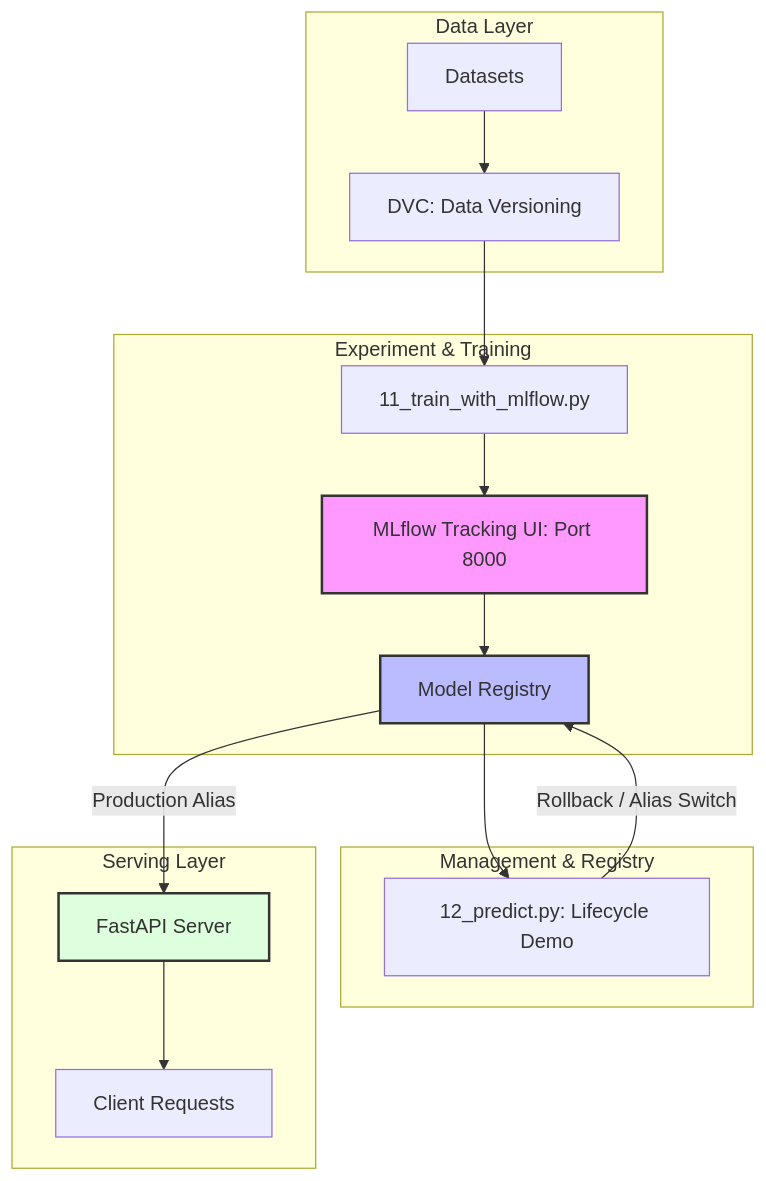
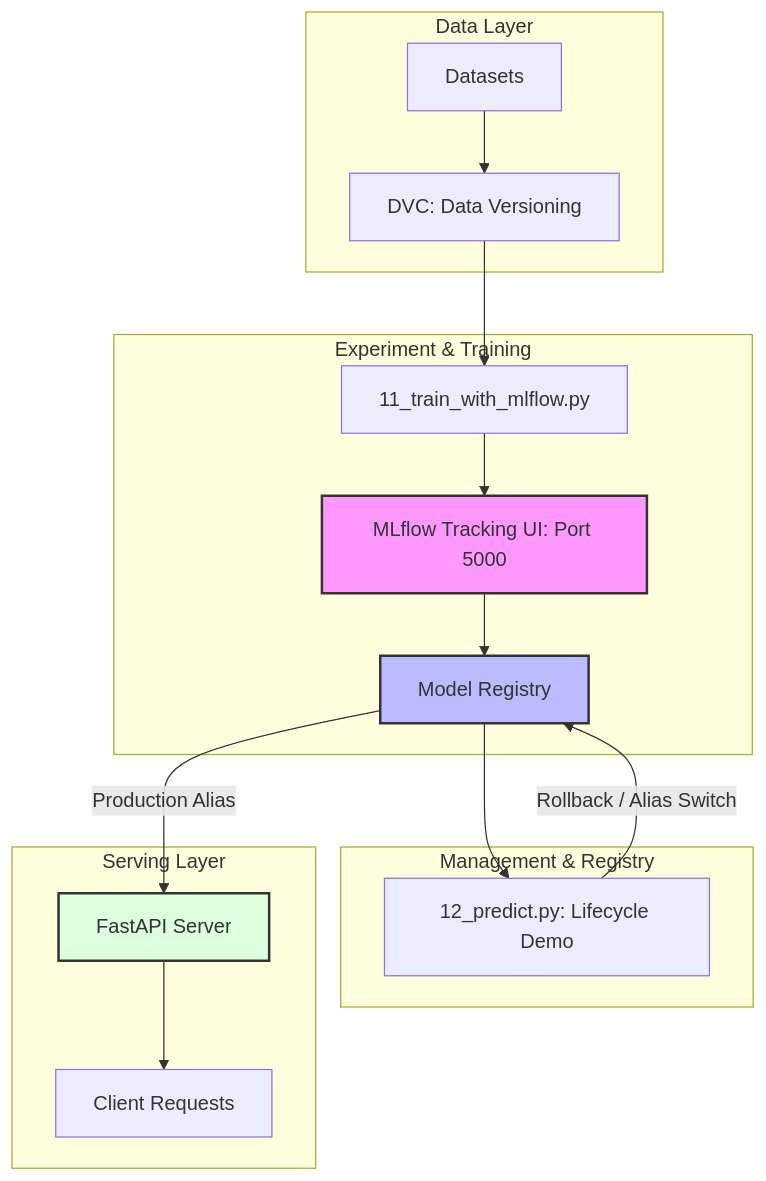
Before and after one commit to yoju-lab/koreatech_MLOps: the diagram in README.md, drawn with Mermaid. The commit also changed other lines of this file and 3 other files, not shown here.

````diff
--- a/README.md
+++ b/README.md
@@ -16,26 +16,26 @@
 ```mermaid
 graph TD
     subgraph "Data Layer"
         D[Datasets] --> DVC[DVC: Data Versioning]
     end
 
     subgraph "Experiment & Training"
         DVC --> T1[11_train_with_mlflow.py]
-        T1 --> MF[MLflow Tracking UI: Port 8000]
+        T1 --> MF[MLflow Tracking UI: Port 5000]
         MF --> REG[Model Registry]
     end
 
     subgraph "Management & Registry"
         REG --> P1[12_predict.py: Lifecycle Demo]
         P1 -- "Rollback / Alias Switch" --> REG
     end
 
     subgraph "Serving Layer"
         REG -- "Production Alias" --> API[FastAPI Server]
         API --> C[Client Requests]
     end
 
     style MF fill:#f9f,stroke:#333,stroke-width:2px
     style REG fill:#bbf,stroke:#333,stroke-width:2px
     style API fill:#dfd,stroke:#333,stroke-width:2px
 ```
````
